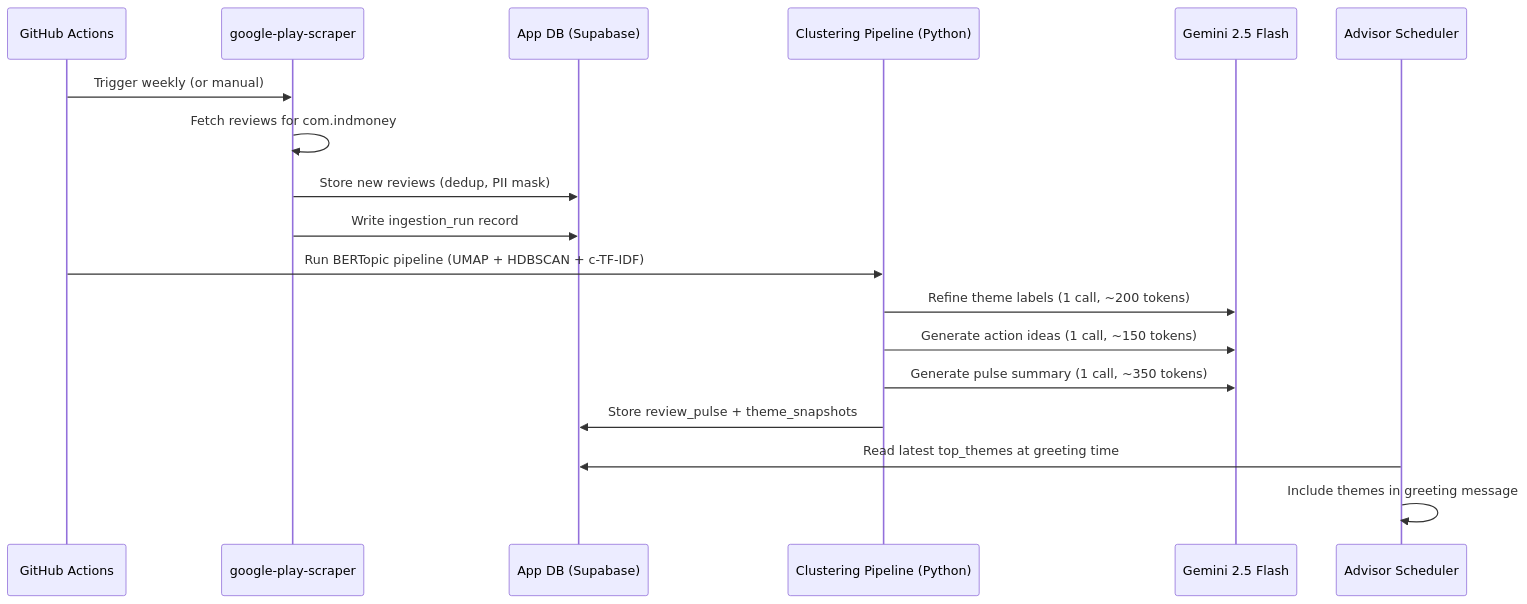
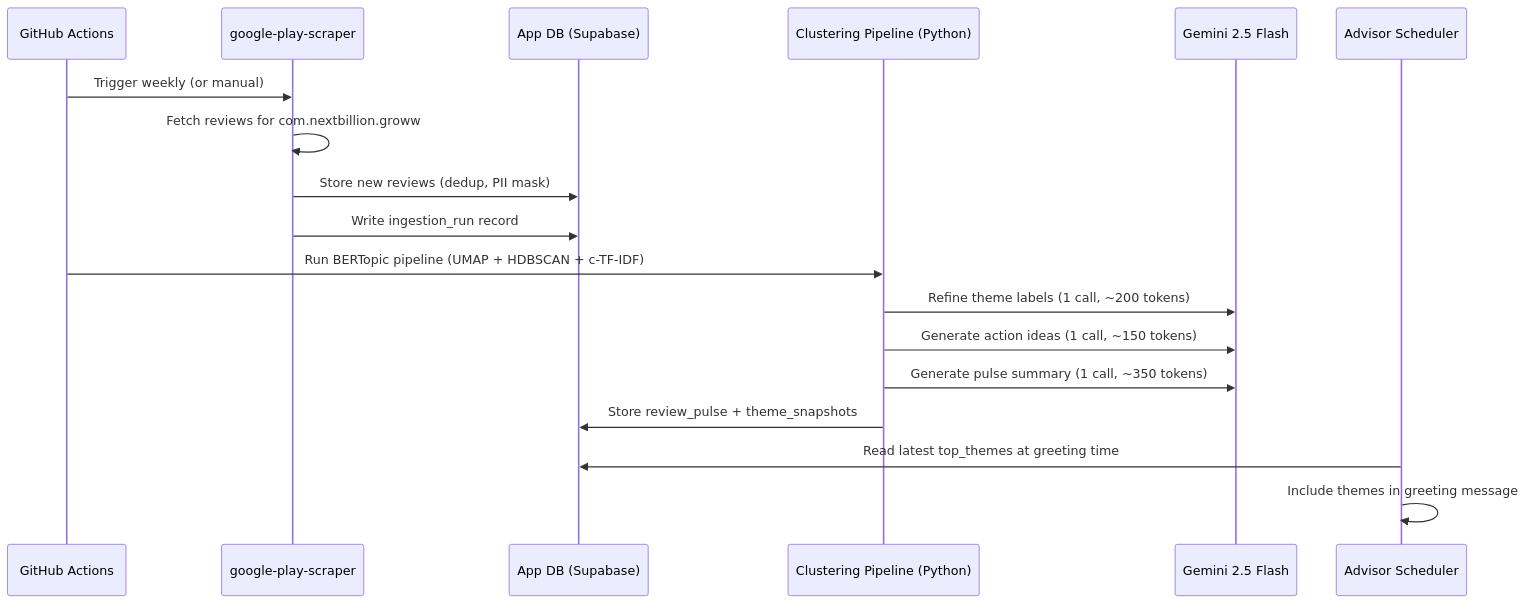
The second of 5 diagrams in docs/architecture.md (deepanjandhwani/IndMoney-Ops-Intelligence-Suite), drawn with Mermaid before and after one commit. The commit also changed other lines of this file and 194 other files, not shown here.

````diff
--- a/docs/architecture.md
+++ b/docs/architecture.md
@@ -88,21 +95,21 @@
 ```mermaid
 sequenceDiagram
     participant GH as GitHub Actions
     participant Scraper as google-play-scraper
     participant DB as App DB (Supabase)
     participant Cluster as Clustering Pipeline (Python)
     participant LLM as Gemini 2.5 Flash
     participant Scheduler as Advisor Scheduler
 
     GH->>Scraper: Trigger weekly (or manual)
-    Scraper->>Scraper: Fetch reviews for com.indmoney
+    Scraper->>Scraper: Fetch reviews for com.nextbillion.groww
     Scraper->>DB: Store new reviews (dedup, PII mask)
     Scraper->>DB: Write ingestion_run record
     GH->>Cluster: Run BERTopic pipeline (UMAP + HDBSCAN + c-TF-IDF)
     Cluster->>LLM: Refine theme labels (1 call, ~200 tokens)
     Cluster->>LLM: Generate action ideas (1 call, ~150 tokens)
     Cluster->>LLM: Generate pulse summary (1 call, ~350 tokens)
     Cluster->>DB: Store review_pulse + theme_snapshots
     Scheduler->>DB: Read latest top_themes at greeting time
     Scheduler->>Scheduler: Include themes in greeting message
 ```
````
